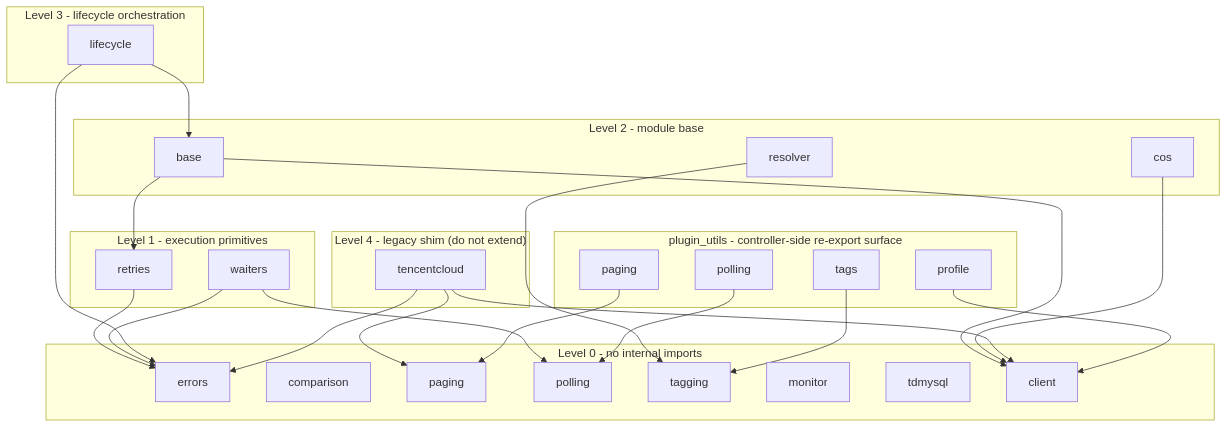
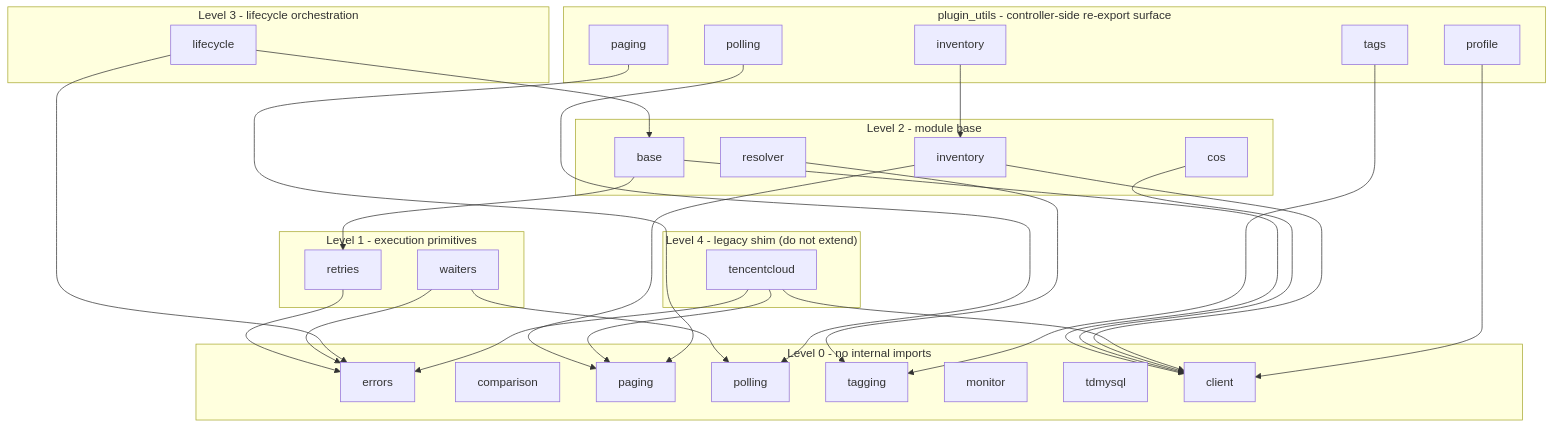
The diagram in plugins/module_utils/README.md (susunola/ansible-collection-tencentcloud), drawn with Mermaid before and after one commit. The commit also changed other lines of this file and 13 other files, not shown here.

````diff
--- a/plugins/module_utils/README.md
+++ b/plugins/module_utils/README.md
@@ -45,43 +46,47 @@
 ```mermaid
 graph TD
     subgraph L0["Level 0 - no internal imports"]
         errors
         comparison
         paging
         polling
         tagging
         monitor
         tdmysql
         client
     end
     subgraph L1["Level 1 - execution primitives"]
         retries --> errors
         waiters --> errors
         waiters --> polling
     end
     subgraph L2["Level 2 - module base"]
         base --> client
         base --> retries
         resolver --> tagging
         cos --> client
+        inventory --> client
+        inventory --> paging
     end
     subgraph L3["Level 3 - lifecycle orchestration"]
         lifecycle --> base
         lifecycle --> errors
     end
     subgraph L4["Level 4 - legacy shim (do not extend)"]
         tencentcloud --> client
         tencentcloud --> errors
         tencentcloud --> paging
     end
     subgraph PU["plugin_utils - controller-side re-export surface"]
         pu_profile["profile"]
         pu_paging["paging"]
         pu_polling["polling"]
         pu_tags["tags"]
+        pu_inventory["inventory"]
     end
     pu_profile --> client
     pu_paging --> paging
     pu_polling --> polling
     pu_tags --> tagging
+    pu_inventory --> inventory
 ```
````
